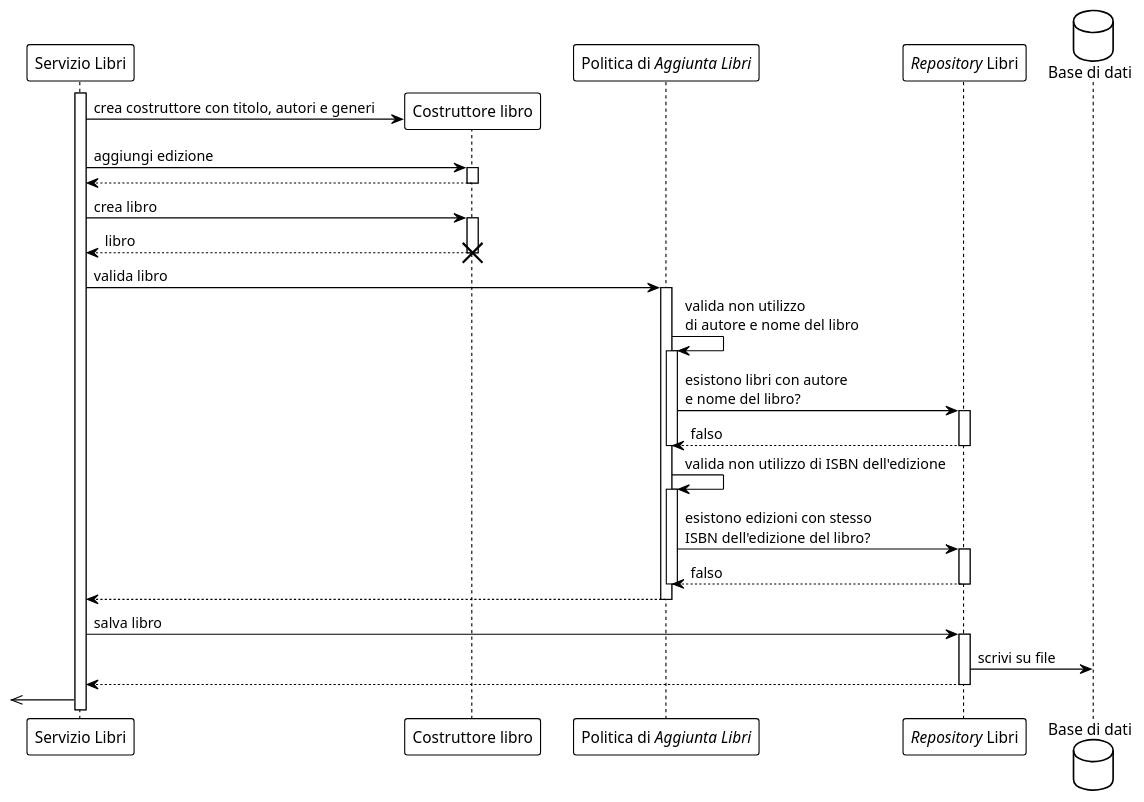
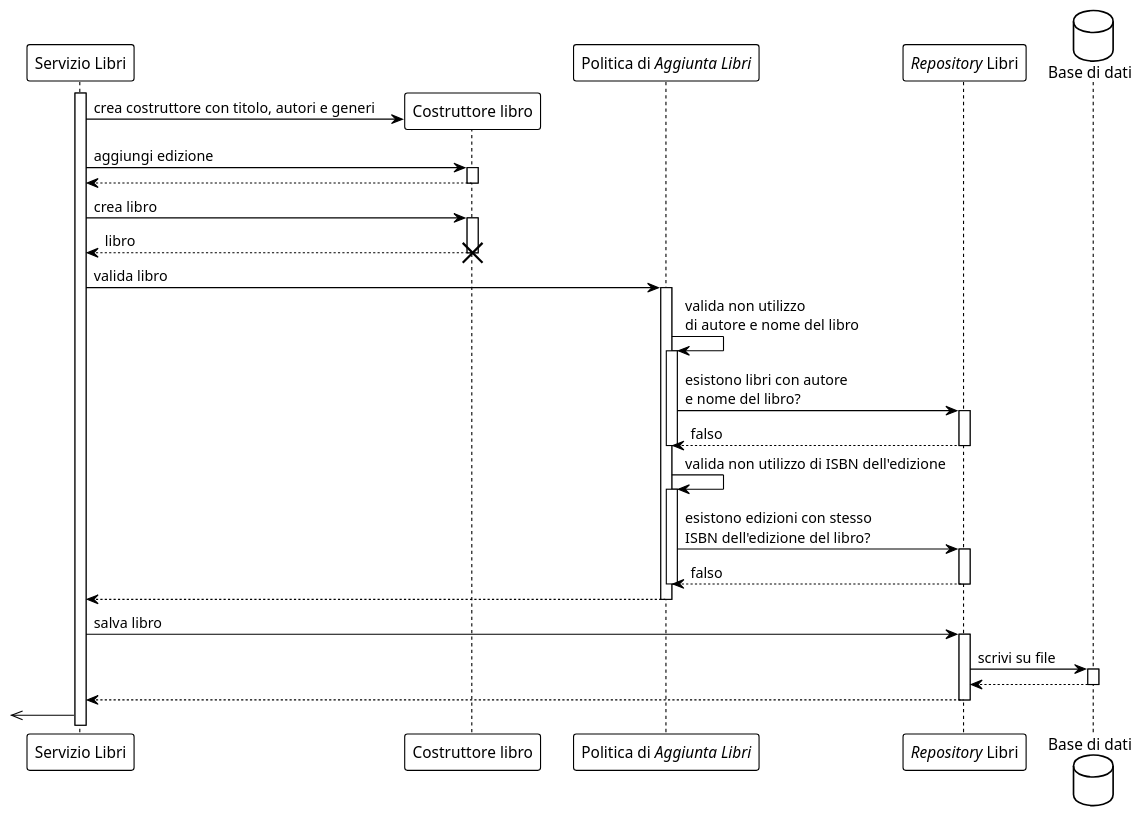
One commit to jiniux/GestoreDiLibreriaPersonale changed the diagram in docs/uml/plantuml/sq_02.puml. Above: the diagram before and after it, drawn with PlantUML. The commit also changed 1 other file, not shown here.

```diff
--- a/docs/uml/plantuml/sq_02.puml
+++ b/docs/uml/plantuml/sq_02.puml
@@ -1,77 +1,80 @@
 @startuml
 !theme plain
 
 
 <style>
 lifeLine {
   LineStyle 3
 }
 </style>
 
 participant "Servizio Libri" as bookService
 
 activate bookService
 
 
 participant "Costruttore libro" as bookBuilder
 participant "Politica di //Aggiunta Libri//" as bookCreationValidator
 participant "//Repository// Libri" as bookRepository
 
 bookService -> bookBuilder **: crea costruttore con titolo, autori e generi
 
 
 bookService -> bookBuilder: aggiungi edizione
 
 activate bookBuilder
 return 
 
 bookService -> bookBuilder: crea libro
 activate bookBuilder
 return libro
 destroy bookBuilder
 
 bookService -> bookCreationValidator: valida libro
 
 activate bookCreationValidator
 bookCreationValidator -> bookCreationValidator: valida non utilizzo\ndi autore e nome del libro
 
 
 activate bookCreationValidator
 
 bookCreationValidator -> bookRepository: esistono libri con autore\ne nome del libro?
 
 
 activate bookRepository
 
 return falso
 
 deactivate bookCreationValidator
 
 bookCreationValidator -> bookCreationValidator: valida non utilizzo di ISBN dell'edizione
 activate bookCreationValidator
 
 
 bookCreationValidator -> bookRepository: esistono edizioni con stesso\nISBN dell'edizione del libro?
 
 activate bookRepository
 
 return falso
 
 deactivate bookCreationValidator
 
 return 
 
 bookService -> bookRepository: salva libro
 
 activate bookRepository
 
 database "Base di dati" as collectionFile
 
 bookRepository -> collectionFile: scrivi su file
+activate collectionFile
+
+return
 
 return 
 
 <<- bookService
 
 
 @endumla
```
